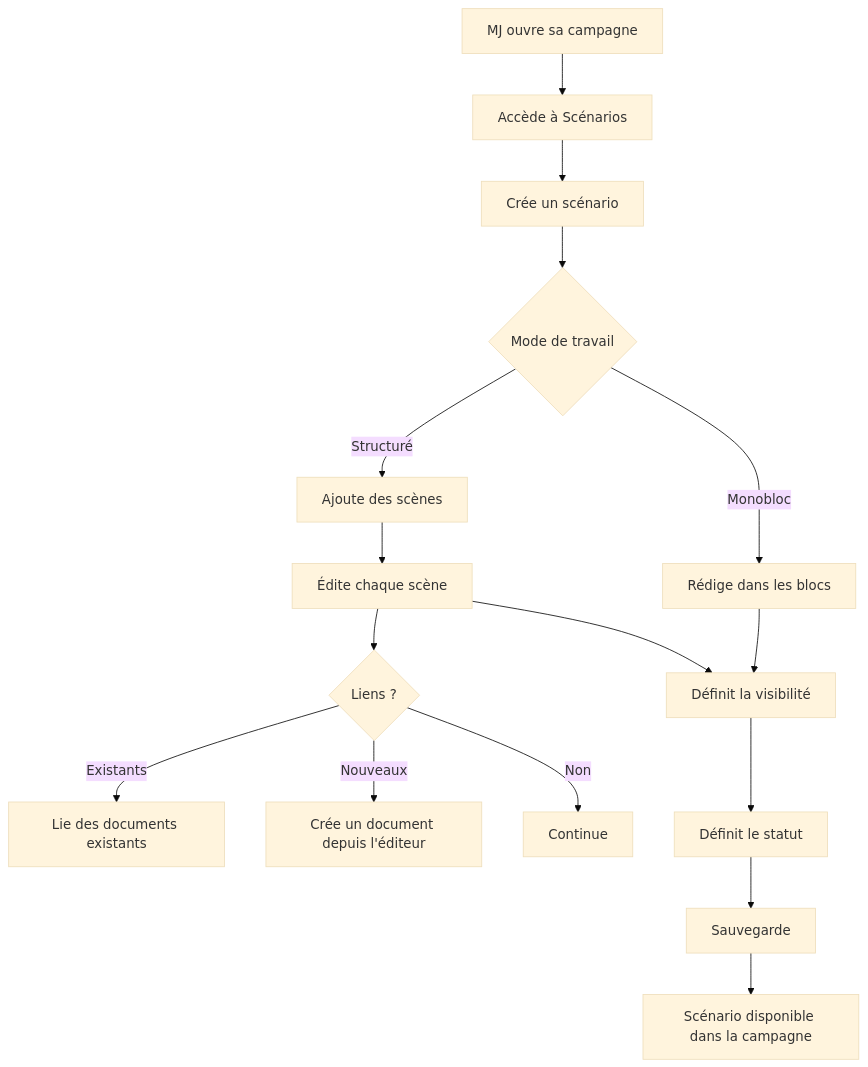
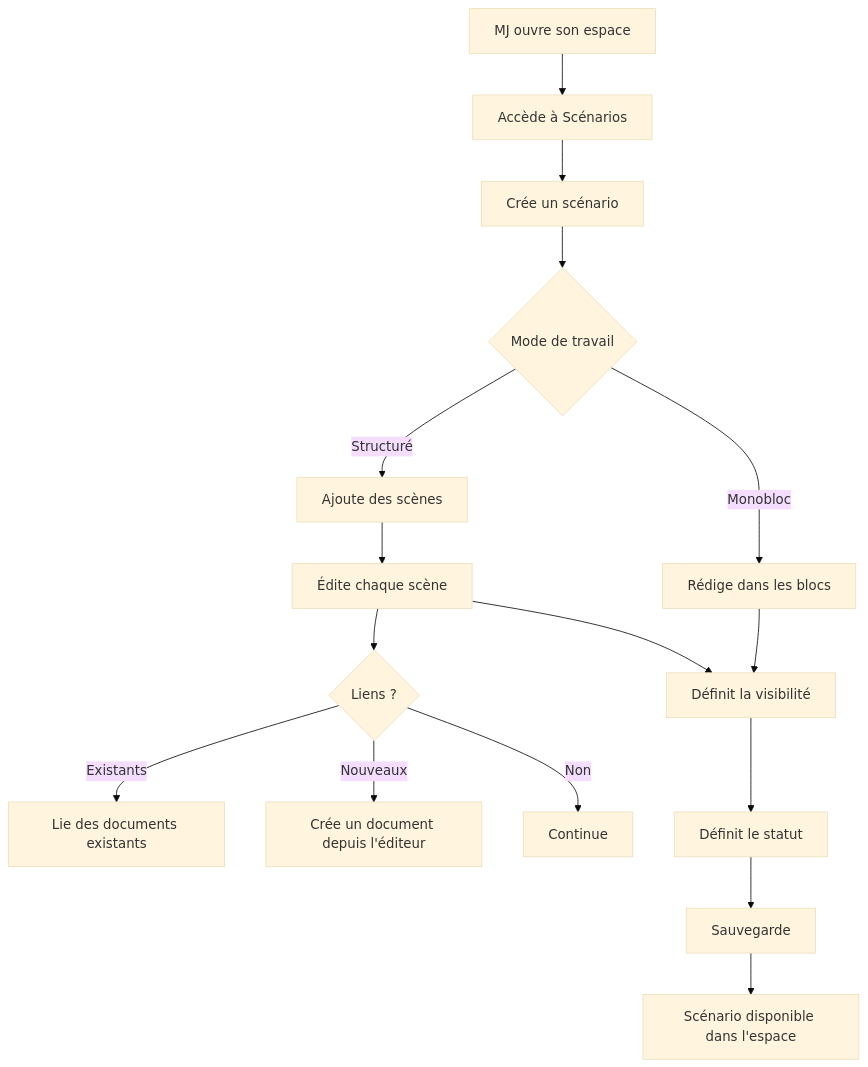
One commit to 2025-10-CDA-ECO-P6/PM-micro-saas changed the first of 2 diagrams in docs/conception/besoin/user-stories/US-UC-03-structurer-scenario.md. Above: the diagram before and after it, drawn with Mermaid (base theme). The commit also changed other lines of this file and 140 other files, not shown here.

````diff
--- a/docs/conception/besoin/user-stories/US-UC-03-structurer-scenario.md
+++ b/docs/conception/besoin/user-stories/US-UC-03-structurer-scenario.md
@@ -51,18 +51,18 @@
 ```mermaid
 flowchart TD
-    A[MJ ouvre sa campagne] --> B[Accède à Scénarios]
+    A[MJ ouvre son espace] --> B[Accède à Scénarios]
     B --> C[Crée un scénario]
     C --> D{Mode de travail}
     D -->|Monobloc| E[Rédige dans les blocs]
     D -->|Structuré| F[Ajoute des scènes]
     F --> G[Édite chaque scène]
     G --> H{Liens ?}
     H -->|Existants| I[Lie des documents existants]
     H -->|Nouveaux| J[Crée un document depuis l'éditeur]
     H -->|Non| K[Continue]
     E --> L[Définit la visibilité]
     G --> L
     L --> M[Définit le statut]
     M --> N[Sauvegarde]
-    N --> O[Scénario disponible dans la campagne]
+    N --> O[Scénario disponible dans l'espace]
 ```
````
